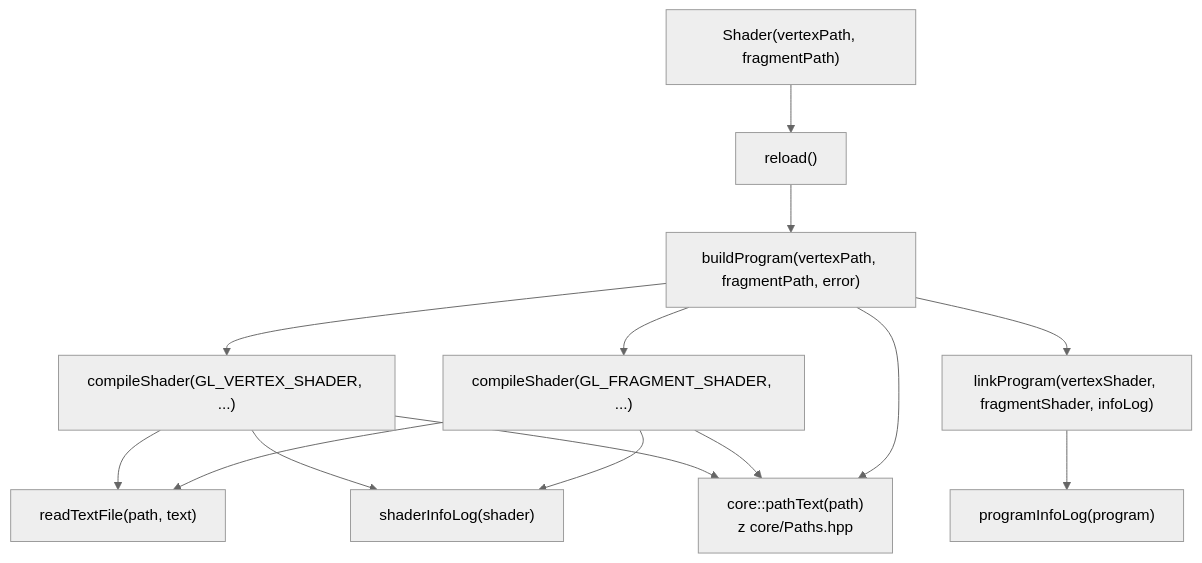
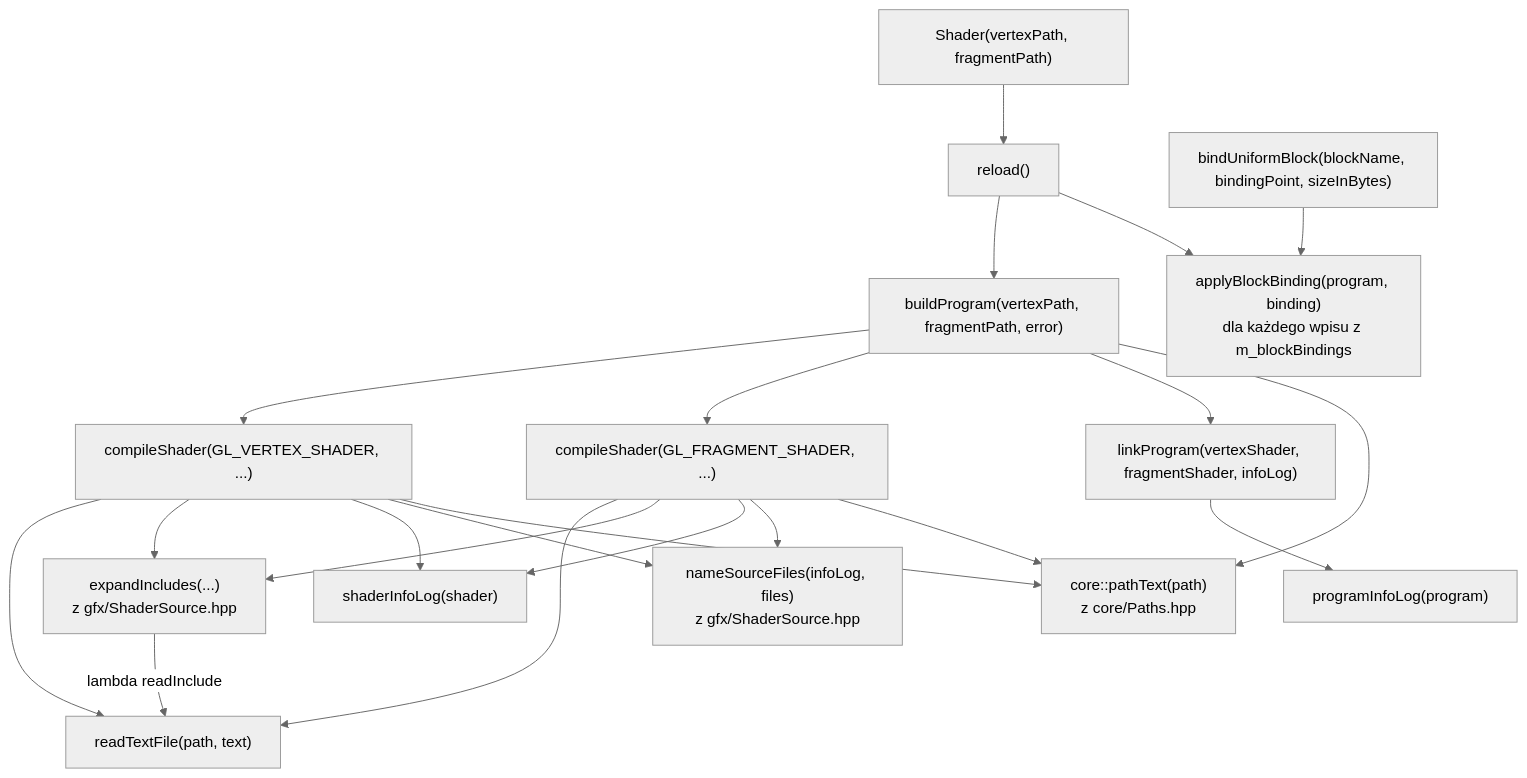
One commit to Shironex/night-maze changed the second of 2 diagrams in docs/modules/gfx/shader-class.md. Above: the diagram before and after it, drawn with Mermaid (neutral theme). The commit also changed other lines of this file and 52 other files, not shown here.

````diff
--- a/docs/modules/gfx/shader-class.md
+++ b/docs/modules/gfx/shader-class.md
@@ -104,16 +113,23 @@
 ```mermaid
 flowchart TD
     Ctor["Shader(vertexPath, fragmentPath)"] --> Reload["reload()"]
     Reload --> Build["buildProgram(vertexPath, fragmentPath, error)"]
+    Reload --> Apply["applyBlockBinding(program, binding)<br/>dla każdego wpisu z m_blockBindings"]
+    BindBlock["bindUniformBlock(blockName, bindingPoint, sizeInBytes)"] --> Apply
     Build --> CompV["compileShader(GL_VERTEX_SHADER, ...)"]
     Build --> CompF["compileShader(GL_FRAGMENT_SHADER, ...)"]
     Build --> Link["linkProgram(vertexShader, fragmentShader, infoLog)"]
     CompV --> Read["readTextFile(path, text)"]
     CompF --> Read
+    CompV --> Expand["expandIncludes(...)<br/>z gfx/ShaderSource.hpp"]
+    CompF --> Expand
+    Expand -->|"lambda readInclude"| Read
     CompV --> SLog["shaderInfoLog(shader)"]
     CompF --> SLog
+    CompV --> Name["nameSourceFiles(infoLog, files)<br/>z gfx/ShaderSource.hpp"]
+    CompF --> Name
     Link --> PLog["programInfoLog(program)"]
     CompV --> PText["core::pathText(path)<br/>z core/Paths.hpp"]
     CompF --> PText
     Build --> PText
 ```
````
